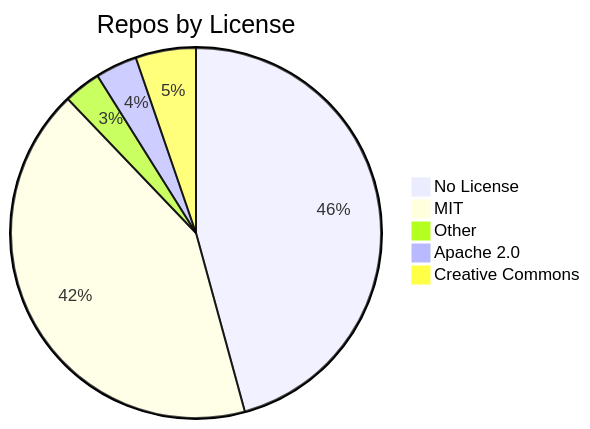
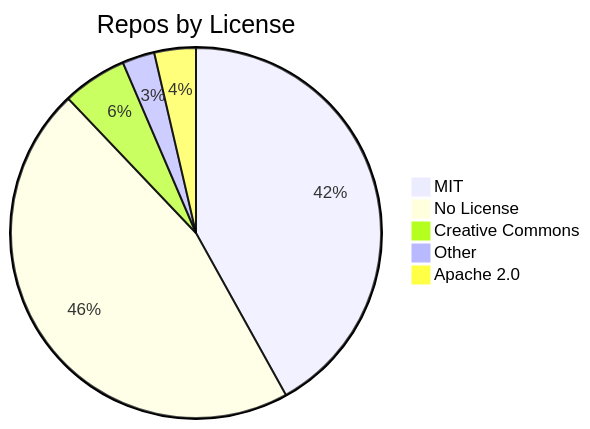
One commit to jpatterson933/awesome-mcp-server-repo-index changed the diagram in README.md. Above: the diagram before and after it, drawn with Mermaid. The commit also changed other lines of this file and 3 other files, not shown here.

````diff
--- a/README.md
+++ b/README.md
@@ -29,8 +29,8 @@
 ```mermaid
 pie title Repos by License
-    "No License" : 113
     "MIT" : 104
-    "Other" : 8
+    "No License" : 114
+    "Creative Commons" : 14
+    "Other" : 7
     "Apache 2.0" : 9
-    "Creative Commons" : 13
 ```
````
